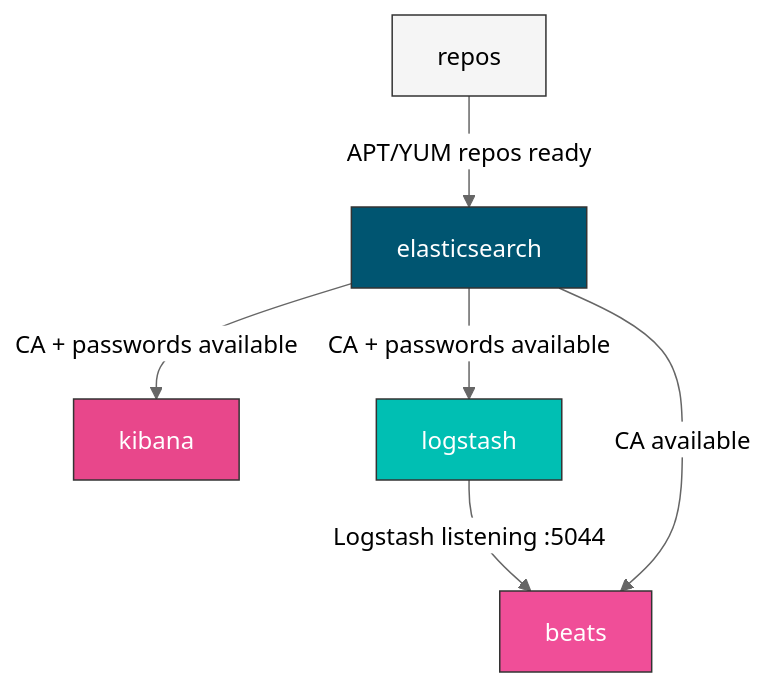
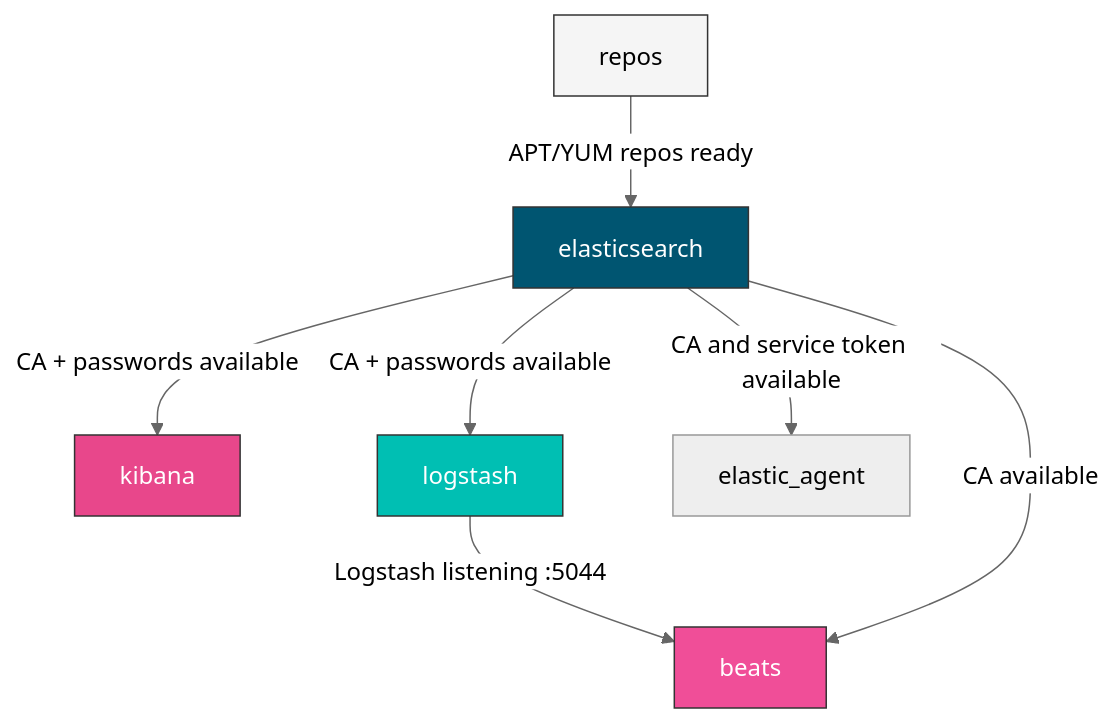
One commit to Oddly/elasticstack changed the second of 5 diagrams in docs/guide/architecture.md. Above: the diagram before and after it, drawn with Mermaid (neutral theme). The commit also changed other lines of this file and 43 other files, not shown here.

Commit message:
feat(agent): add Elastic Agent role and rollout coverage

````diff
--- a/docs/guide/architecture.md
+++ b/docs/guide/architecture.md
@@ -47,14 +61,15 @@
 ```mermaid
 graph TD
     R[repos] -->|"APT/YUM repos ready"| E[elasticsearch]
     E -->|"CA + passwords available"| K[kibana]
     E -->|"CA + passwords available"| L[logstash]
     L -->|"Logstash listening :5044"| B[beats]
     E -->|"CA available"| B
+    E -->|"CA and service token available"| A[elastic_agent]
 
     style R fill:#f5f5f5,stroke:#333
     style E fill:#005571,stroke:#333,color:#fff
     style K fill:#e8478b,stroke:#333,color:#fff
     style L fill:#00bfb3,stroke:#333,color:#fff
     style B fill:#f04e98,stroke:#333,color:#fff
 ```
````
